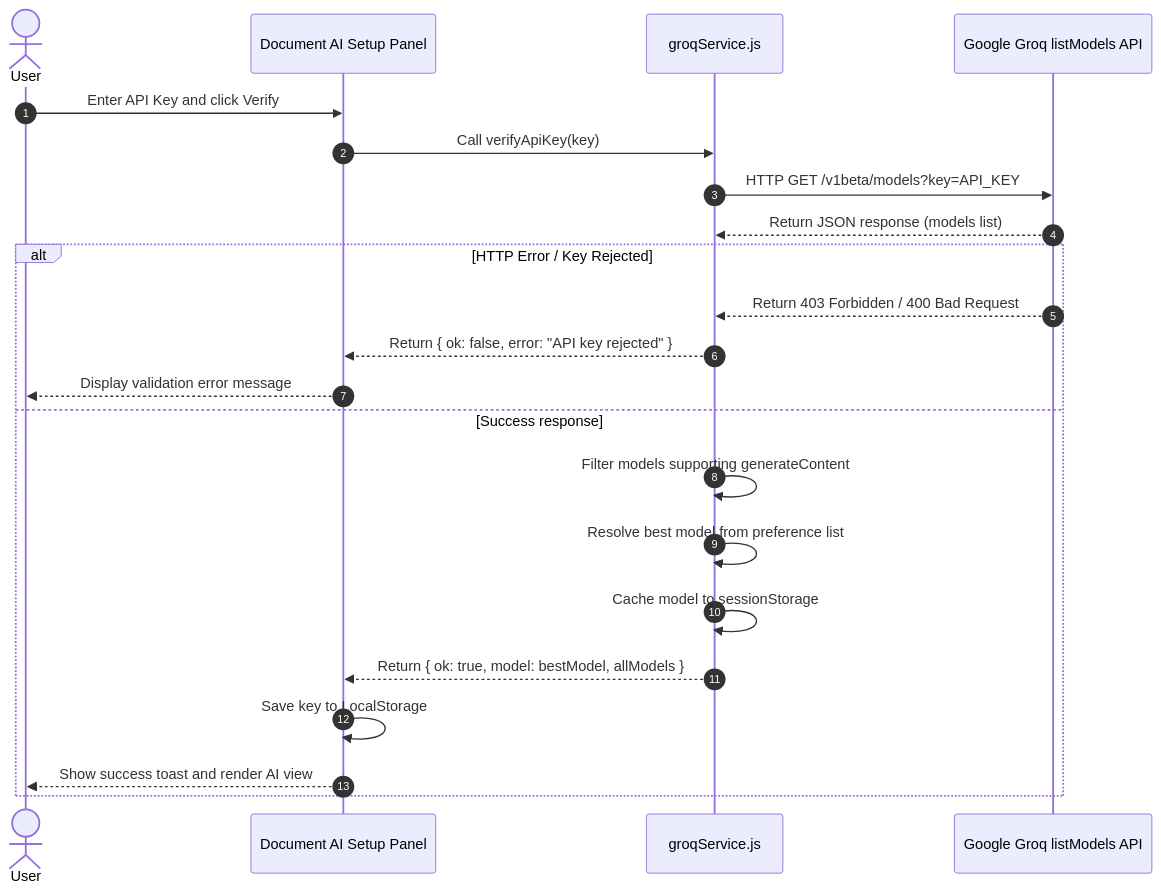
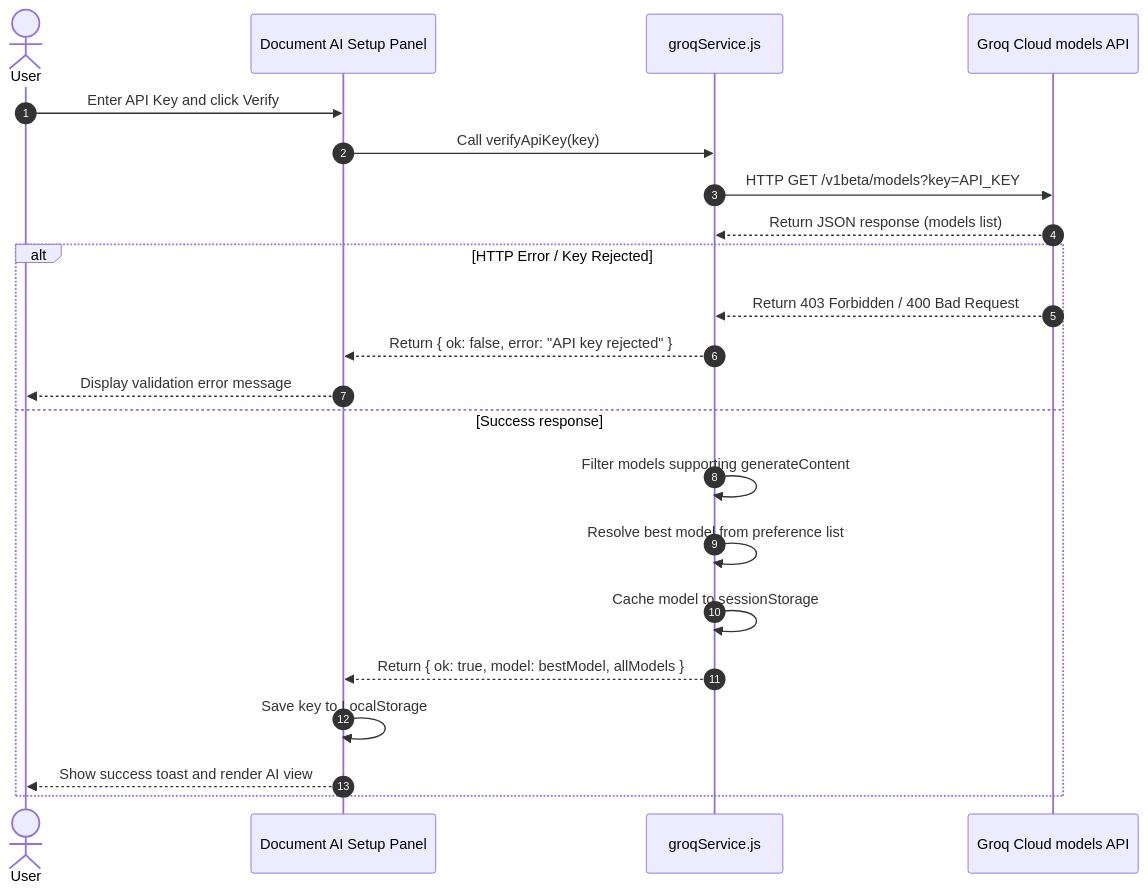
Before and after one commit to silent-knight-22/career-document-hub: diagram 13 of 13 in Frontend-Technical-Design.md, drawn with Mermaid. The commit also changed other lines of this file and 2 other files, not shown here.

````diff
--- a/Frontend-Technical-Design.md
+++ b/Frontend-Technical-Design.md
@@ -655,25 +661,25 @@
 ```mermaid
 sequenceDiagram
     autonumber
     actor User
     participant UI as Document AI Setup Panel
     participant Svc as groqService.js
-    participant API as Google Groq listModels API
+    participant API as Groq Cloud models API
 
     User->>UI: Enter API Key and click Verify
     UI->>Svc: Call verifyApiKey(key)
     Svc->>API: HTTP GET /v1beta/models?key=API_KEY
     API-->>Svc: Return JSON response (models list)
     alt HTTP Error / Key Rejected
         API-->>Svc: Return 403 Forbidden / 400 Bad Request
         Svc-->>UI: Return { ok: false, error: "API key rejected" }
         UI-->>User: Display validation error message
     else Success response
         Svc->>Svc: Filter models supporting generateContent
         Svc->>Svc: Resolve best model from preference list
         Svc->>Svc: Cache model to sessionStorage
         Svc-->>UI: Return { ok: true, model: bestModel, allModels }
         UI->>UI: Save key to LocalStorage
         UI-->>User: Show success toast and render AI view
     end
 ```
````
